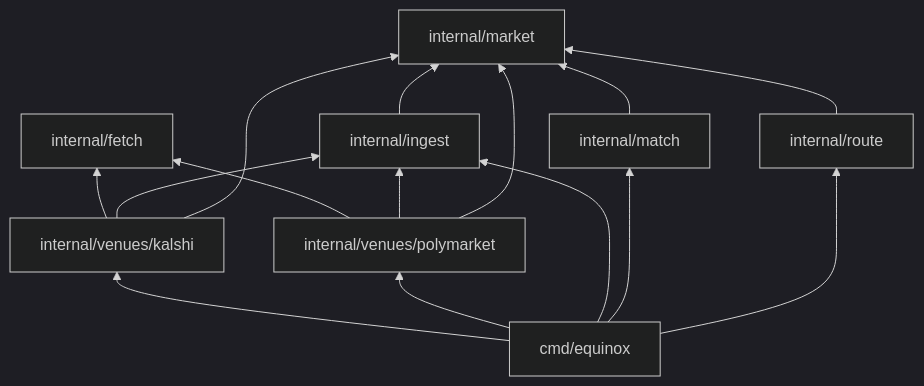
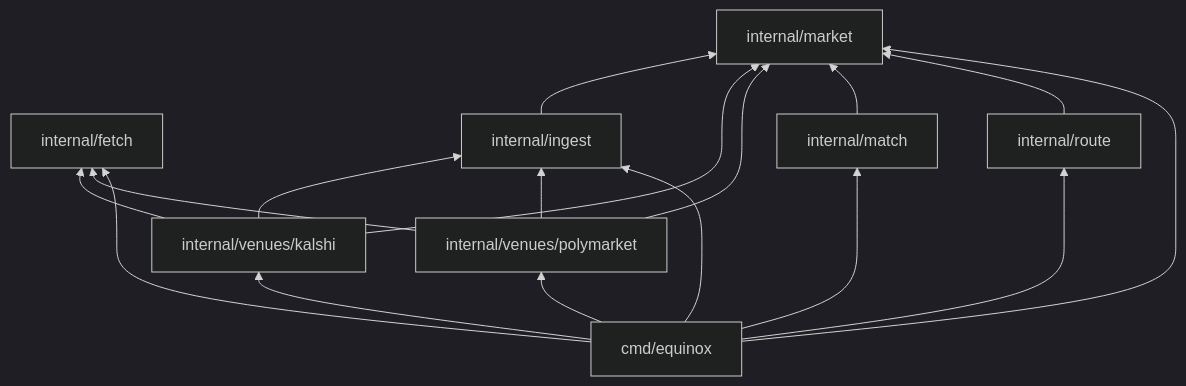
The fifth of 5 diagrams in docs/SYSTEM_DESIGN.md (hisefath/equinox), drawn with Mermaid (dark theme) before and after one commit. The commit also changed other lines of this file and 191 other files, not shown here.

````diff
--- a/docs/SYSTEM_DESIGN.md
+++ b/docs/SYSTEM_DESIGN.md
@@ -216,19 +229,21 @@
 ```mermaid
 flowchart BT
   market["internal/market"]
   fetch["internal/fetch"]
   ingest["internal/ingest"] --> market
   kalshi["internal/venues/kalshi"] --> fetch
   kalshi --> ingest
   kalshi --> market
   poly["internal/venues/polymarket"] --> fetch
   poly --> ingest
   poly --> market
   match["internal/match"] --> market
   route["internal/route"] --> market
   cmd["cmd/equinox"] --> kalshi
+  cmd --> fetch
+  cmd --> market
   cmd --> poly
   cmd --> ingest
   cmd --> match
   cmd --> route
 ```
````
